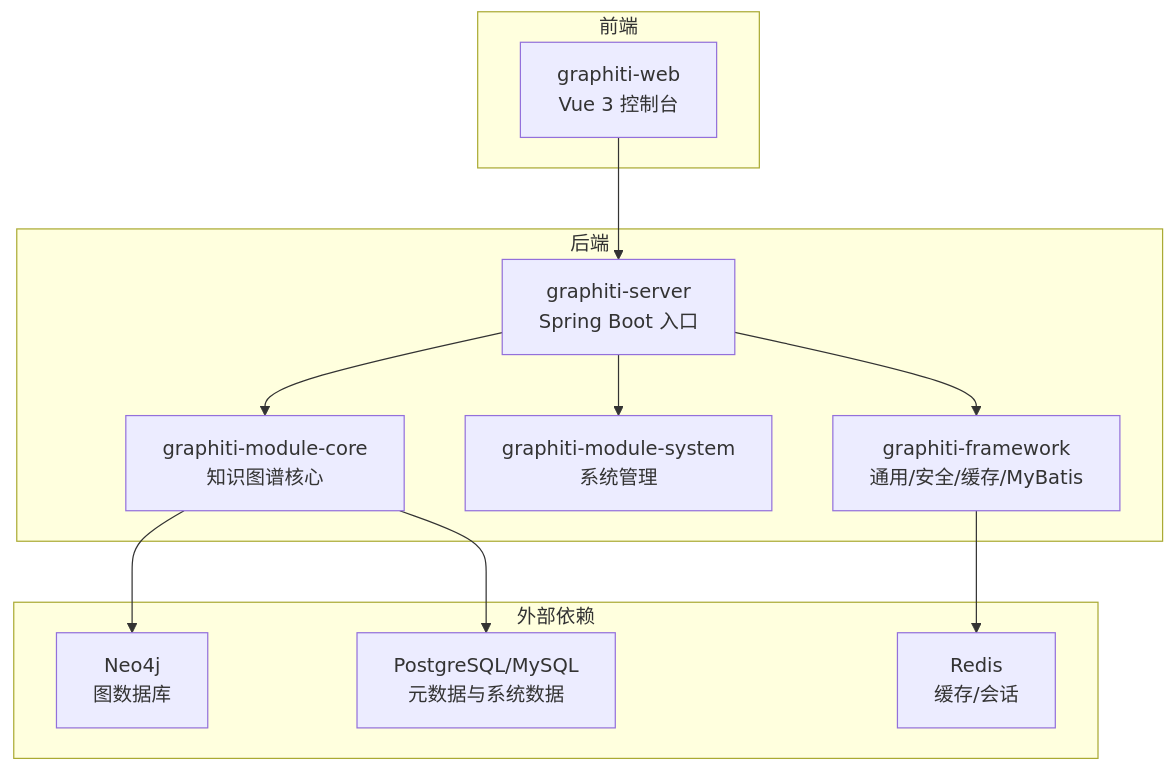
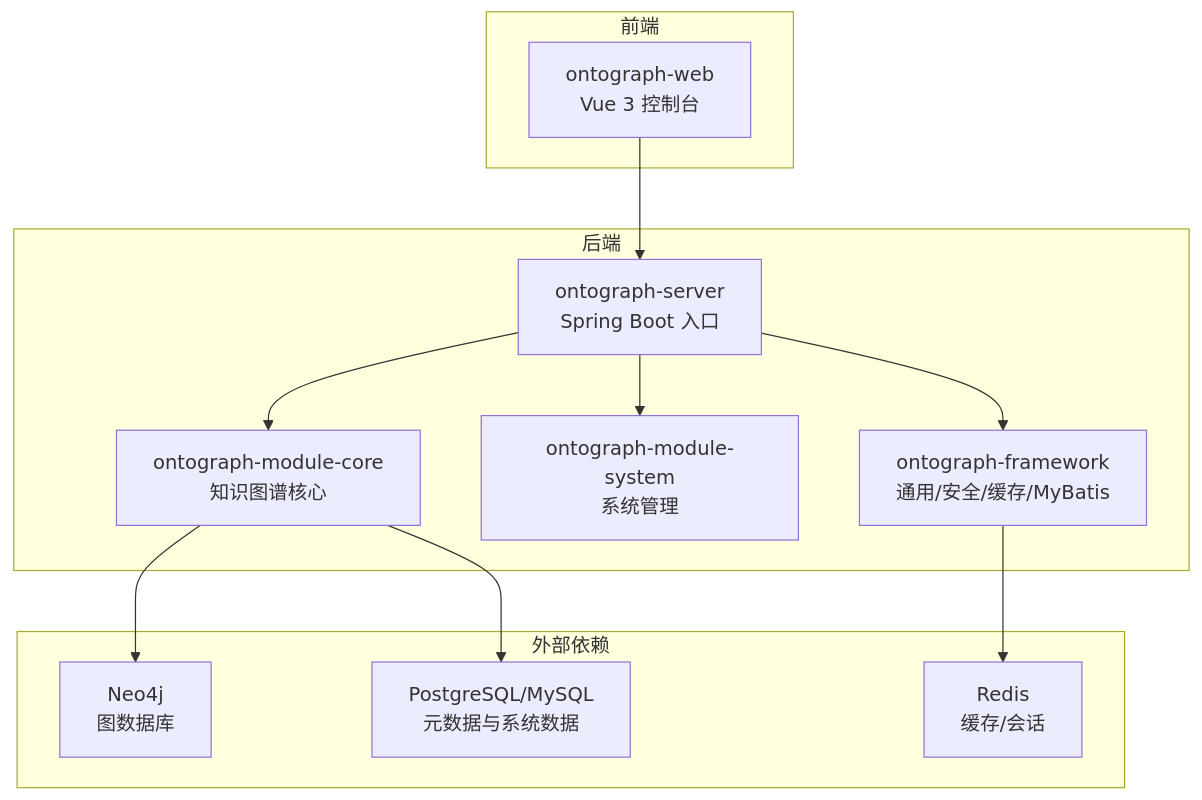
One commit to joezxh/graphiti-java changed the first of 5 diagrams in docs/manual/快速开始.md. Above: the diagram before and after it, drawn with Mermaid. The commit also changed other lines of this file and 200 other files, not shown here.

````diff
--- a/docs/manual/快速开始.md
+++ b/docs/manual/快速开始.md
@@ -50,24 +50,24 @@
 ```mermaid
 graph TB
 subgraph "后端"
-S["graphiti-server<br/>Spring Boot 入口"]
-F["graphiti-framework<br/>通用/安全/缓存/MyBatis"]
-SYS["graphiti-module-system<br/>系统管理"]
-CORE["graphiti-module-core<br/>知识图谱核心"]
+S["ontograph-server<br/>Spring Boot 入口"]
+F["ontograph-framework<br/>通用/安全/缓存/MyBatis"]
+SYS["ontograph-module-system<br/>系统管理"]
+CORE["ontograph-module-core<br/>知识图谱核心"]
 end
 subgraph "前端"
-WEB["graphiti-web<br/>Vue 3 控制台"]
+WEB["ontograph-web<br/>Vue 3 控制台"]
 end
 subgraph "外部依赖"
 N4J["Neo4j<br/>图数据库"]
 PG["PostgreSQL/MySQL<br/>元数据与系统数据"]
 RDS["Redis<br/>缓存/会话"]
 end
 WEB --> S
 S --> CORE
 S --> SYS
 S --> F
 CORE --> N4J
 CORE --> PG
 F --> RDS
 ```
````
